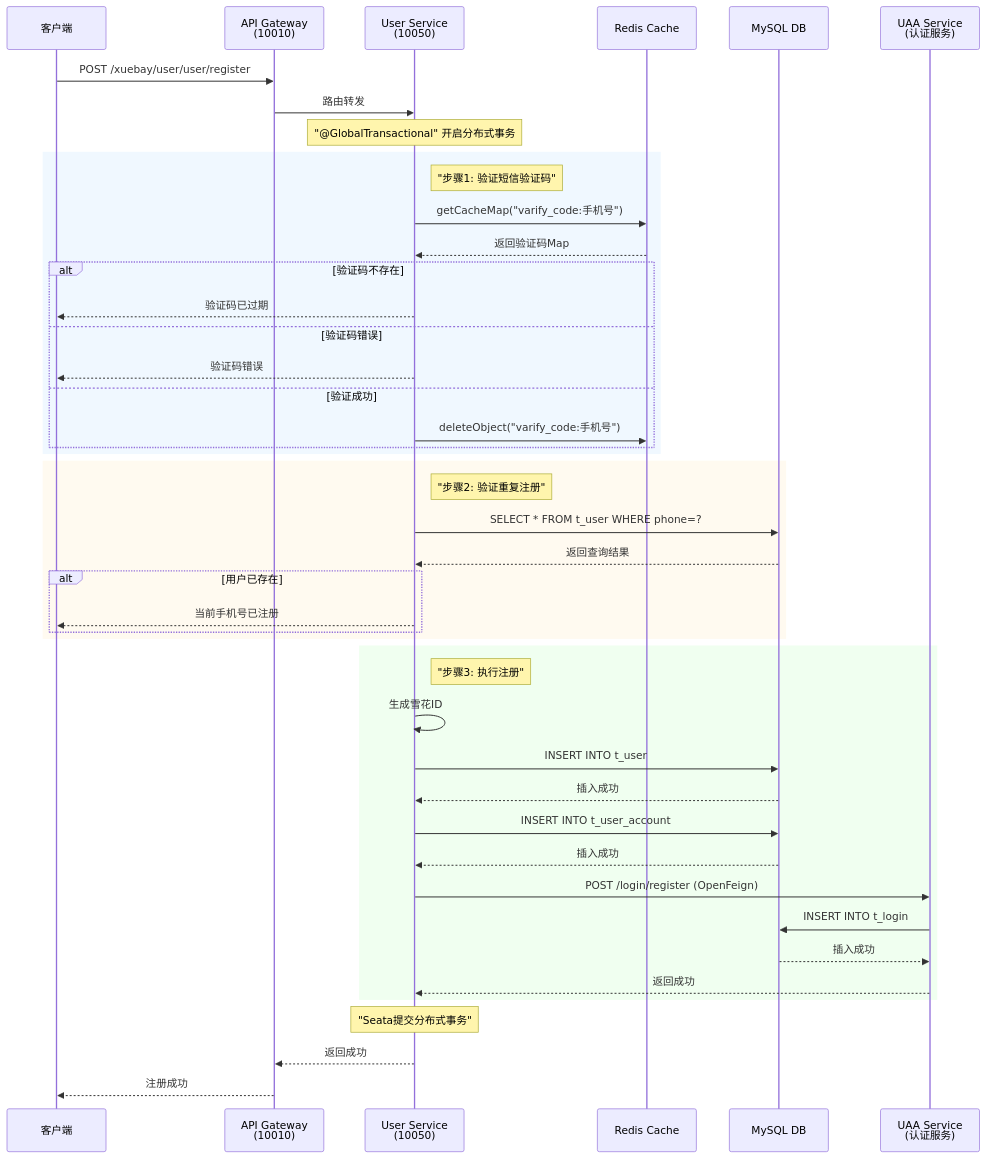
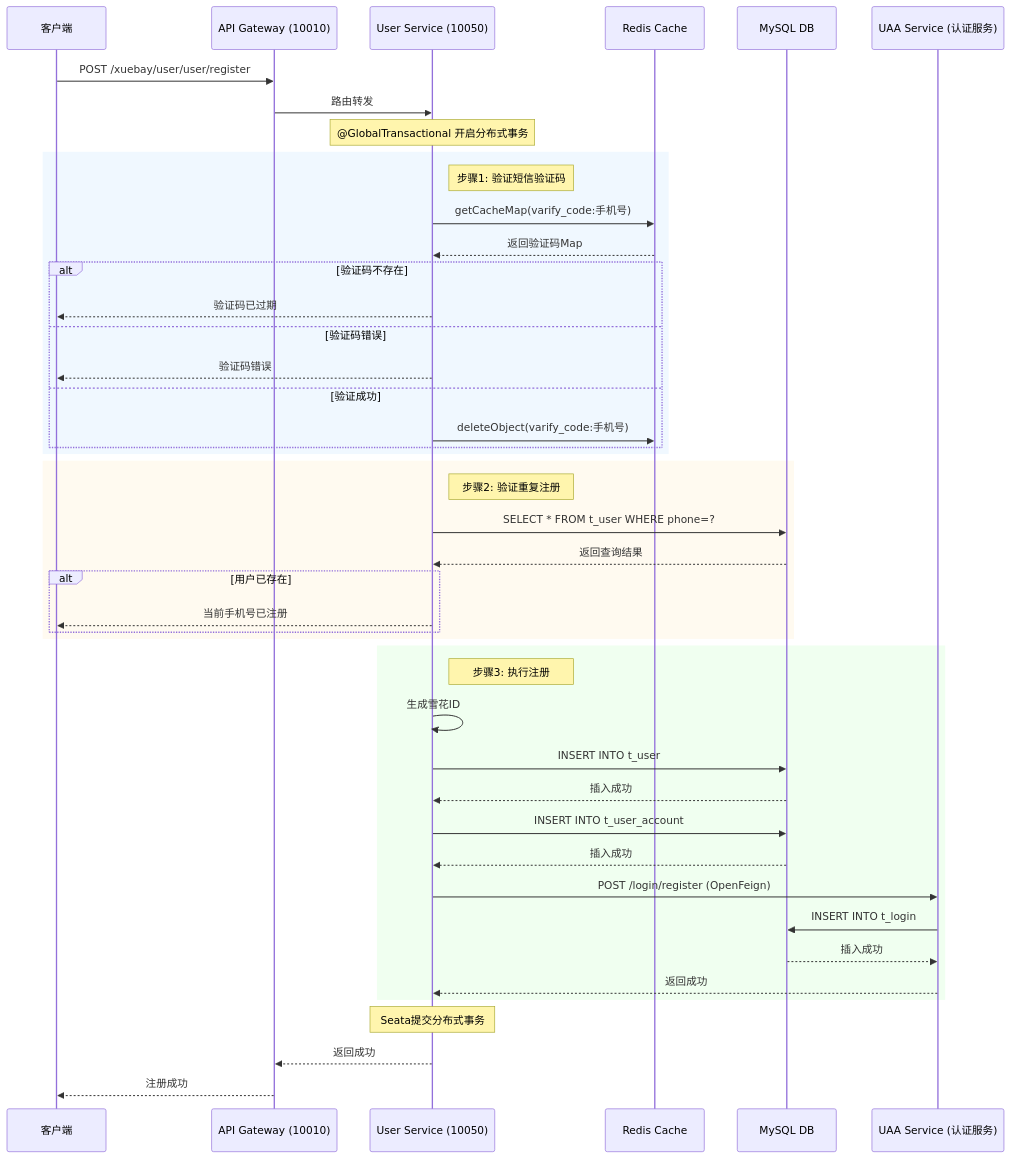
Before and after one commit to hongchaozhu-it/note: the first of 2 diagrams in docs/project/xuebay/xuebay10-用户注册.md, drawn with Mermaid. The commit also changed other lines of this file, not shown here.

Commit message:
文

````diff
--- a/docs/project/xuebay/xuebay10-用户注册.md
+++ b/docs/project/xuebay/xuebay10-用户注册.md
@@ -200,56 +200,56 @@
 ```mermaid
 sequenceDiagram
     participant Client as 客户端
-    participant Gateway as API Gateway<br/>(10010)
-    participant UserService as User Service<br/>(10050)
+    participant Gateway as API Gateway (10010)
+    participant UserService as User Service (10050)
     participant Redis as Redis Cache
     participant MySQL as MySQL DB
-    participant UAAService as UAA Service<br/>(认证服务)
+    participant UAAService as UAA Service (认证服务)
     
     Client->>Gateway: POST /xuebay/user/user/register
     Gateway->>UserService: 路由转发
     
-    Note over UserService: "@GlobalTransactional" 开启分布式事务
+    Note over UserService: @GlobalTransactional 开启分布式事务
     
     rect rgb(240, 248, 255)
-        Note right of UserService: "步骤1: 验证短信验证码"
-        UserService->>Redis: getCacheMap("varify_code:手机号")
+        Note right of UserService: 步骤1: 验证短信验证码
+        UserService->>Redis: getCacheMap(varify_code:手机号)
         Redis-->>UserService: 返回验证码Map
         alt 验证码不存在
             UserService-->>Client: 验证码已过期
         else 验证码错误
             UserService-->>Client: 验证码错误
         else 验证成功
-            UserService->>Redis: deleteObject("varify_code:手机号")
+            UserService->>Redis: deleteObject(varify_code:手机号)
         end
     end
     
     rect rgb(255, 250, 240)
-        Note right of UserService: "步骤2: 验证重复注册"
+        Note right of UserService: 步骤2: 验证重复注册
         UserService->>MySQL: SELECT * FROM t_user WHERE phone=?
         MySQL-->>UserService: 返回查询结果
         alt 用户已存在
             UserService-->>Client: 当前手机号已注册
         end
     end
     
     rect rgb(240, 255, 240)
-        Note right of UserService: "步骤3: 执行注册"
+        Note right of UserService: 步骤3: 执行注册
         UserService->>UserService: 生成雪花ID
         
         UserService->>MySQL: INSERT INTO t_user
         MySQL-->>UserService: 插入成功
         
         UserService->>MySQL: INSERT INTO t_user_account
         MySQL-->>UserService: 插入成功
         
         UserService->>UAAService: POST /login/register (OpenFeign)
         UAAService->>MySQL: INSERT INTO t_login
         MySQL-->>UAAService: 插入成功
         UAAService-->>UserService: 返回成功
     end
     
-    Note over UserService: "Seata提交分布式事务"
+    Note over UserService: Seata提交分布式事务
     UserService-->>Gateway: 返回成功
     Gateway-->>Client: 注册成功
 ```
````
